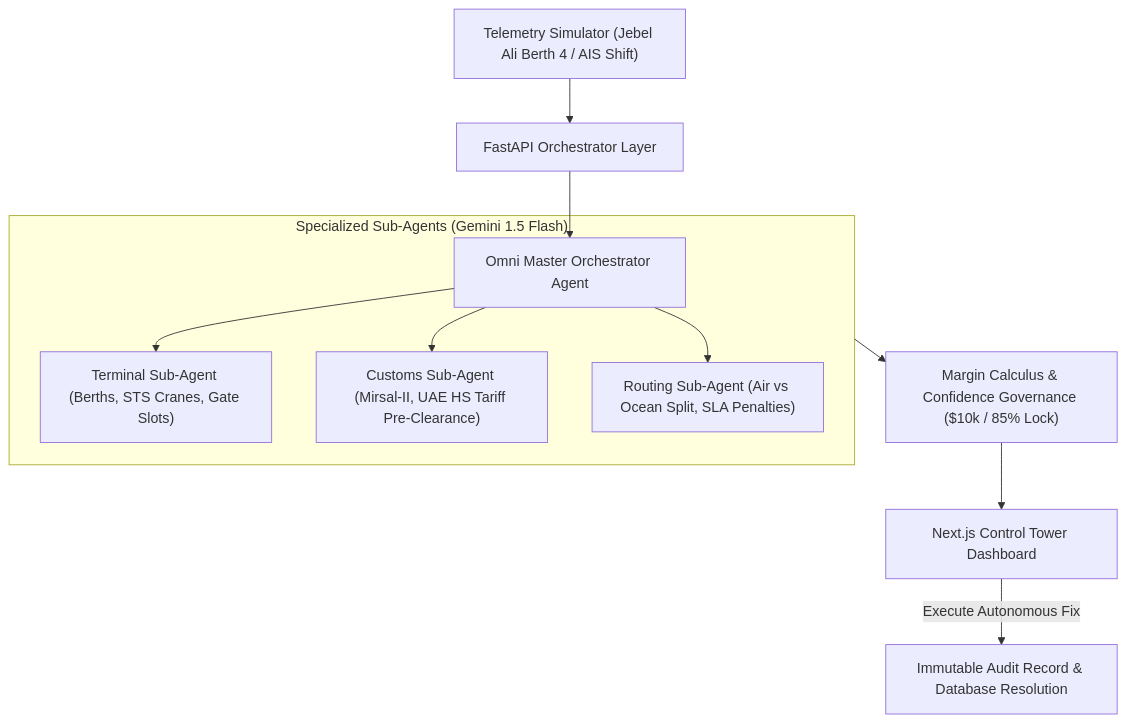
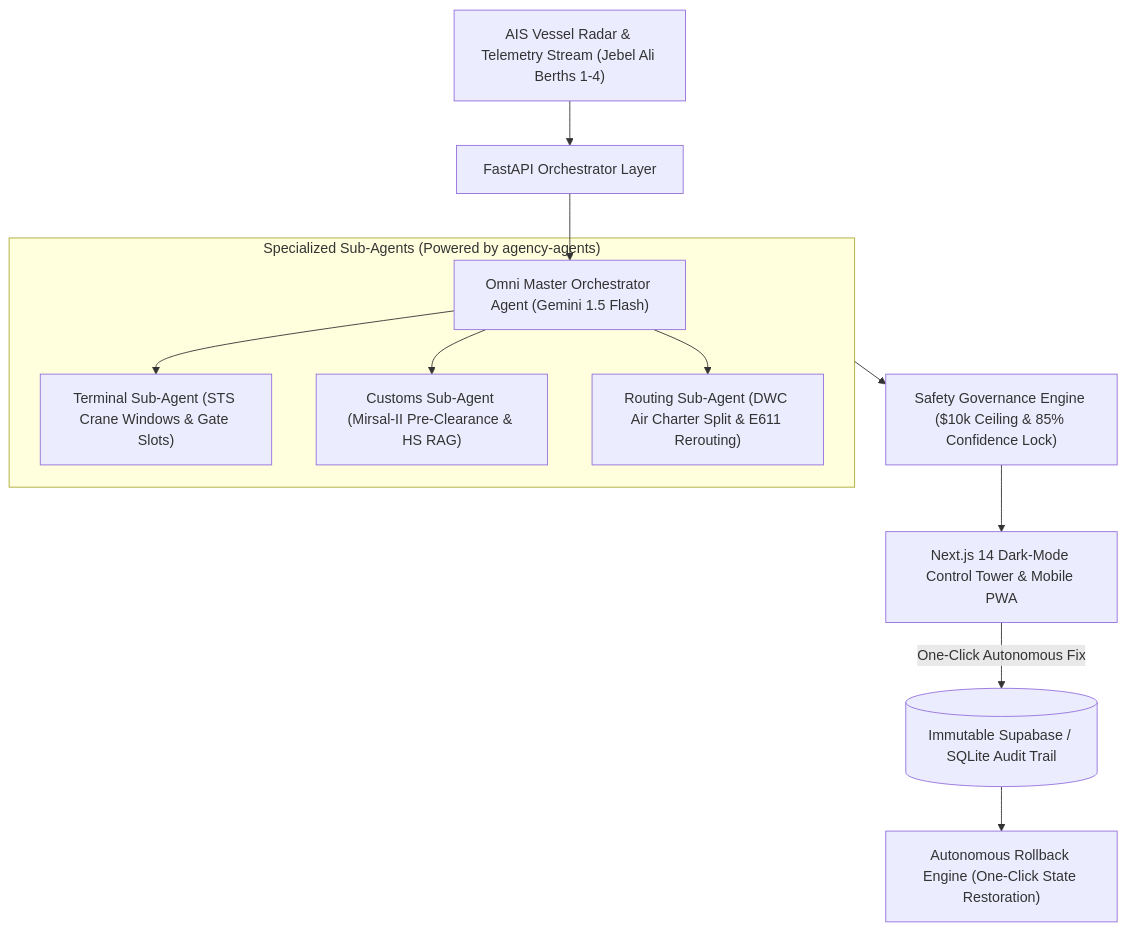
The diagram in README.md (nobod-maker/omni-logistics-agent), drawn with Mermaid before and after one commit. The commit also changed other lines of this file and 3 other files, not shown here.

Commit message:
docs(championship): upgrade README with architecture, demo script, and docker compose orchestration

````diff
--- a/README.md
+++ b/README.md
@@ -21,15 +30,16 @@
 ```mermaid
 flowchart TD
-    Simulator["Telemetry Simulator (Jebel Ali Berth 4 / AIS Shift)"] --> FastAPI["FastAPI Orchestrator Layer"]
-    FastAPI --> Master["Omni Master Orchestrator Agent"]
+    AIS["AIS Vessel Radar & Telemetry Stream (Jebel Ali Berths 1-4)"] --> FastAPI["FastAPI Orchestrator Layer"]
+    FastAPI --> Master["Omni Master Orchestrator Agent (Gemini 1.5 Flash)"]
     
-    subgraph SubAgents["Specialized Sub-Agents (Gemini 1.5 Flash)"]
-        Master --> Terminal["Terminal Sub-Agent (Berths, STS Cranes, Gate Slots)"]
-        Master --> Customs["Customs Sub-Agent (Mirsal-II, UAE HS Tariff Pre-Clearance)"]
-        Master --> Routing["Routing Sub-Agent (Air vs Ocean Split, SLA Penalties)"]
+    subgraph Specialists["Specialized Sub-Agents (Powered by agency-agents)"]
+        Master --> Terminal["Terminal Sub-Agent (STS Crane Windows & Gate Slots)"]
+        Master --> Customs["Customs Sub-Agent (Mirsal-II Pre-Clearance & HS RAG)"]
+        Master --> Routing["Routing Sub-Agent (DWC Air Charter Split & E611 Rerouting)"]
     end
     
-    SubAgents --> Synthesis["Margin Calculus & Confidence Governance ($10k / 85% Lock)"]
-    Synthesis --> UI["Next.js Control Tower Dashboard"]
-    UI -->|Execute Autonomous Fix| Audit["Immutable Audit Record & Database Resolution"]
+    Specialists --> Safety["Safety Governance Engine ($10k Ceiling & 85% Confidence Lock)"]
+    Safety --> UI["Next.js 14 Dark-Mode Control Tower & Mobile PWA"]
+    UI -->|One-Click Autonomous Fix| DB[("Immutable Supabase / SQLite Audit Trail")]
+    DB --> Rollback["Autonomous Rollback Engine (One-Click State Restoration)"]
 ```
````
